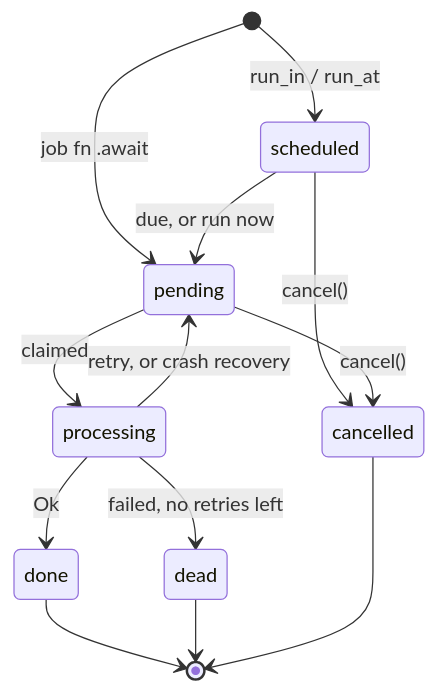
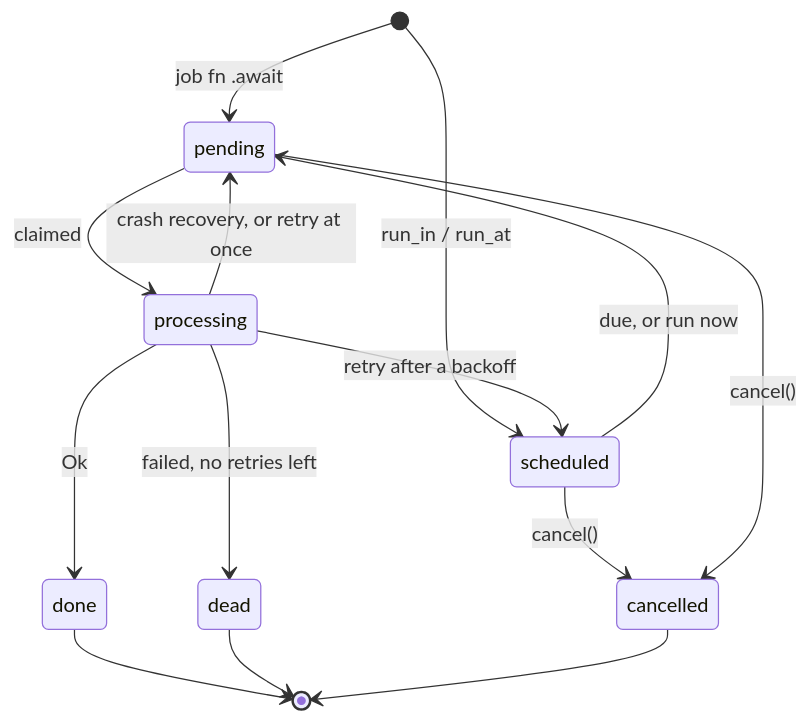
One commit to penso/butler changed the fourth of 4 diagrams in README.md. Above: the diagram before and after it, drawn with Mermaid. The commit also changed other lines of this file and 16 other files, not shown here.

First line of the commit message:
feat!: retry failed jobs with backoff and per-error retry policies

````diff
--- a/README.md
+++ b/README.md
@@ -437,15 +439,16 @@
 ```mermaid
 stateDiagram-v2
     [*] --> pending: job fn .await
     [*] --> scheduled: run_in / run_at
     scheduled --> pending: due, or run now
     scheduled --> cancelled: cancel()
     pending --> processing: claimed
     processing --> done: Ok
-    processing --> pending: retry, or crash recovery
+    processing --> pending: crash recovery, or retry at once
+    processing --> scheduled: retry after a backoff
     processing --> dead: failed, no retries left
     pending --> cancelled: cancel()
     done --> [*]
     dead --> [*]
     cancelled --> [*]
 ```
````
